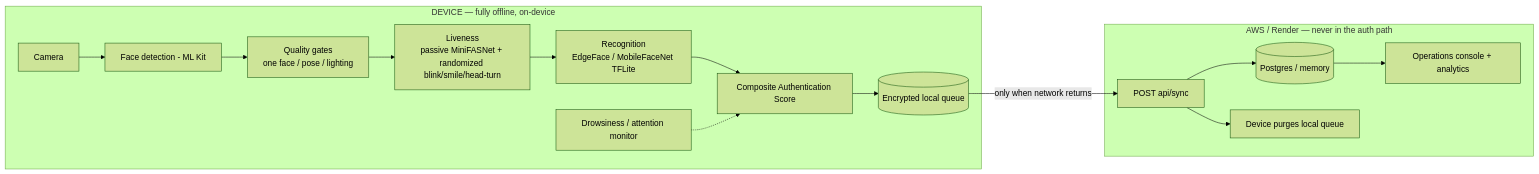
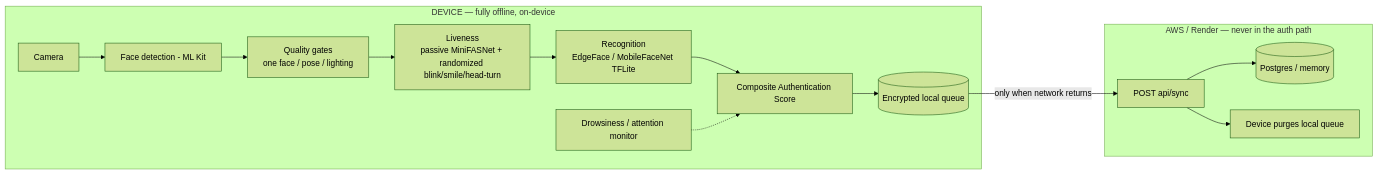
One commit to perrysolid/NHAI changed the first of 3 diagrams in README.md. Above: the diagram before and after it, drawn with Mermaid (forest theme). The commit also changed other lines of this file, not shown here.

First line of the commit message:
docs(readme): remove dashboard/admin entirely; add short judges flow

````diff
--- a/README.md
+++ b/README.md
@@ -29,18 +38,17 @@
 ```mermaid
 flowchart LR
   subgraph DEVICE["DEVICE — fully offline, on-device"]
     CAM[Camera] --> DET[Face detection - ML Kit]
     DET --> GATE[Quality gates<br/>one face / pose / lighting]
     GATE --> LIVE[Liveness<br/>passive MiniFASNet + randomized blink/smile/head-turn]
     LIVE --> REC[Recognition<br/>EdgeFace / MobileFaceNet TFLite]
     REC --> SCORE[Composite Authentication Score]
     SCORE --> Q[(Encrypted local queue)]
     ATT[Drowsiness / attention monitor] -.-> SCORE
   end
   Q -->|only when network returns| API[POST api/sync]
   subgraph CLOUD["AWS / Render — never in the auth path"]
     API --> DB[(Postgres / memory)]
     API --> PURGE[Device purges local queue]
-    DB --> DASH[Operations console + analytics]
   end
 ```
````
